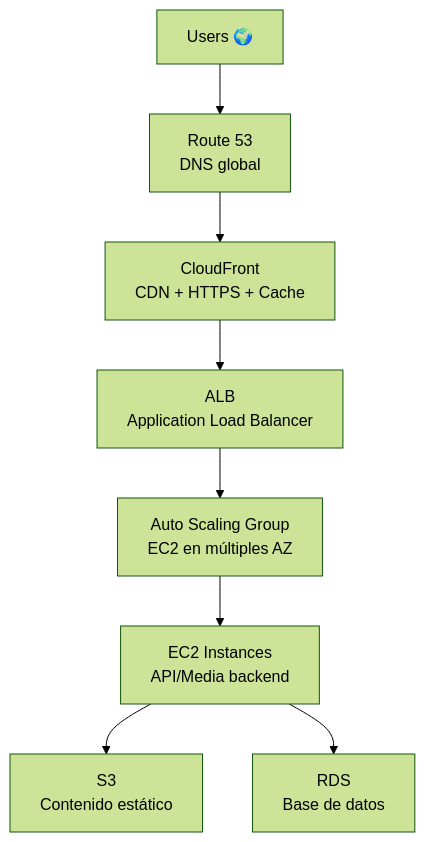
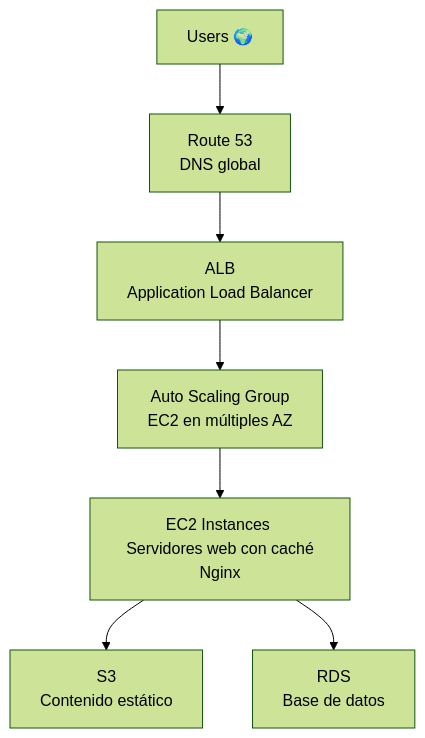
Before and after one commit to TheNefelin/TalentoDigital_CloudArchitecture_2025: the diagram in M5/M5-L6-3-Caso_Disponibilidad_de_contenidos_de_aplicaciones_en_cloud.md, drawn with Mermaid (forest theme). The commit also changed other lines of this file and 16 other files, not shown here.

````diff
--- a/M5/M5-L6-3-Caso_Disponibilidad_de_contenidos_de_aplicaciones_en_cloud.md
+++ b/M5/M5-L6-3-Caso_Disponibilidad_de_contenidos_de_aplicaciones_en_cloud.md
@@ -23,10 +23,9 @@
 ```mermaid
 flowchart TD
     A[Users 🌍] --> B[Route 53 <br/> DNS global]
-    B --> C[CloudFront <br/> CDN + HTTPS + Cache]
-    C --> D[ALB <br/> Application Load Balancer]
-    D --> E[Auto Scaling Group <br/> EC2 en múltiples AZ]
-    E --> F[EC2 Instances <br/> API/Media backend]
-    F --> G[S3 <br/> Contenido estático]
-    F --> H[RDS <br/> Base de datos]
+    B --> C[ALB <br/> Application Load Balancer]
+    C --> D[Auto Scaling Group <br/> EC2 en múltiples AZ]
+    D --> E[EC2 Instances <br/> Servidores web con caché Nginx]
+    E --> F[S3 <br/> Contenido estático]
+    E --> G[RDS <br/> Base de datos]
 ```
````
